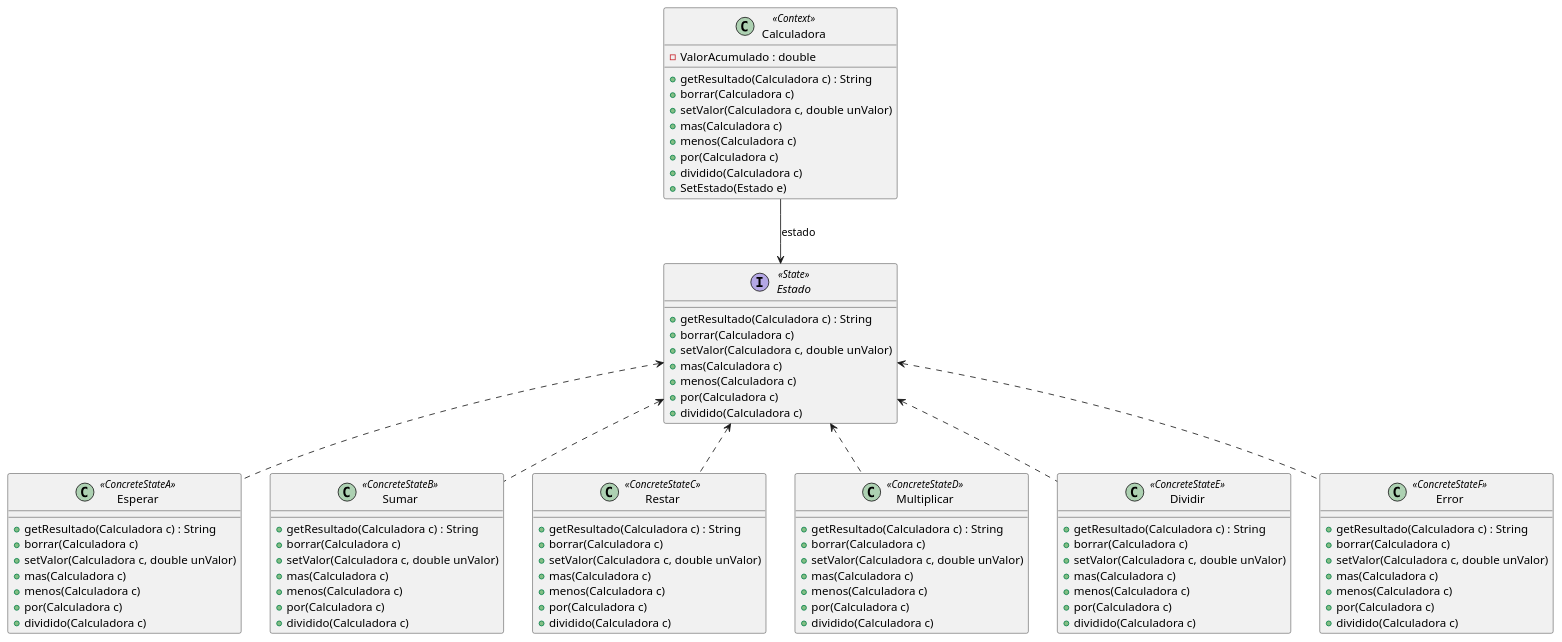
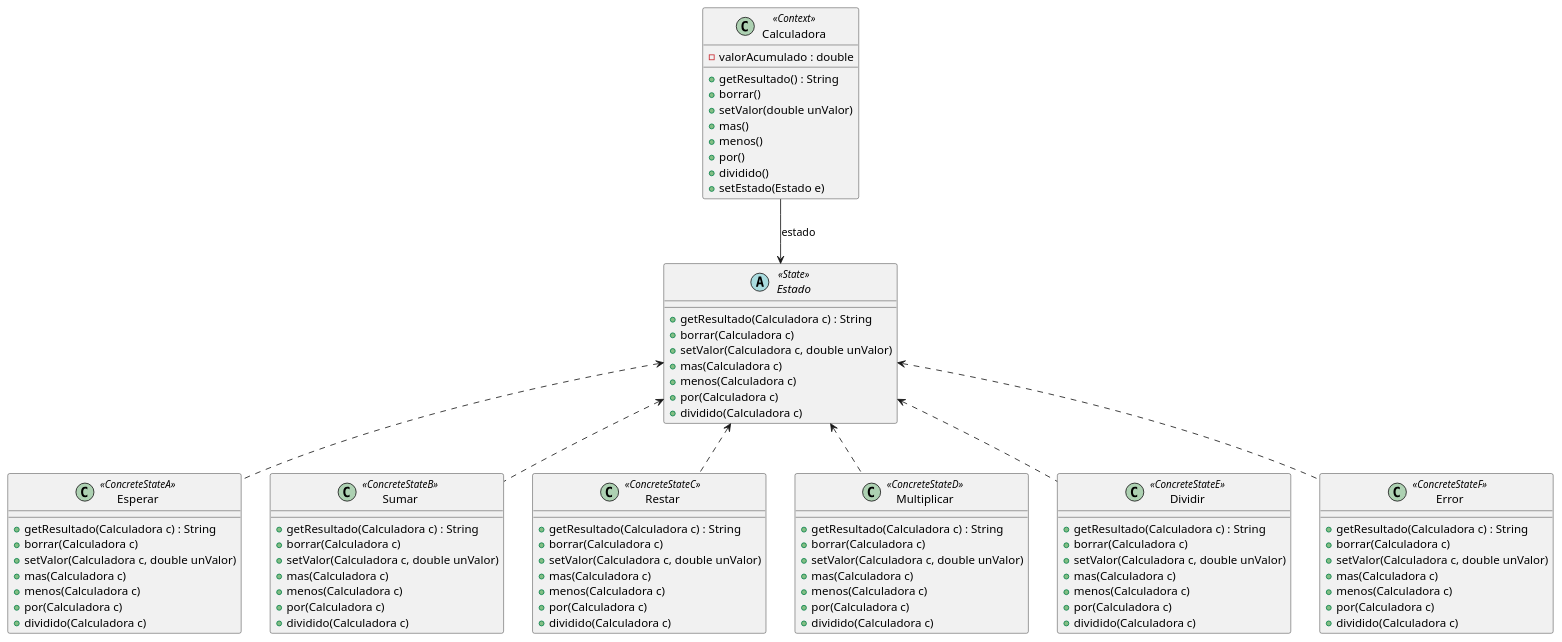
The diagram in Objetos 2/UMLs/Ejercicio7Patrones.puml (BautistaMarquez/Tercero-PrimerCuatrimestre), drawn with PlantUML before and after one commit. The commit also changed 15 other files, not shown here.

```diff
--- a/Objetos 2/UMLs/Ejercicio7Patrones.puml
+++ b/Objetos 2/UMLs/Ejercicio7Patrones.puml
@@ -1,93 +1,93 @@
 @startuml Ejercicio7 
 
 Calculadora --> Estado : estado 
 Estado <.. Esperar
 Estado <.. Sumar 
 Estado <.. Restar
 Estado <.. Multiplicar
 Estado <.. Dividir
 Estado <.. Error
 'Calculadora se pasa como parametro siempre, En este caso la interface podria ser una clase abstracta y que implemente varios metodos en los cuales todo hacen lo mismo. El seter del estado debe ser , para que de esta forma los estados puedan modificar el estado de la calculadora. La clase Abstracta Estado va a definir al resto de estados, osea mas, menos, por, dividido. En los estados pregunto si el estado es Esperar y sino tendria que ser error, no? Esto me voy a dar cuenta al momento de hacer el code'
 class Calculadora <<Context>> {
-    -ValorAcumulado : double 
-    +getResultado(Calculadora c) : String 
-    +borrar(Calculadora c)
-    +setValor(Calculadora c, double unValor)
-    +mas(Calculadora c)
-    +menos(Calculadora c)
-    +por(Calculadora c)
-    +dividido(Calculadora c)
-    +SetEstado(Estado e)
+    -valorAcumulado : double 
+    +getResultado() : String 
+    +borrar()
+    +setValor(double unValor)
+    +mas()
+    +menos()
+    +por()
+    +dividido()
+    +setEstado(Estado e)
 }
 
-interface Estado <<State>> { 
+abstract class Estado <<State>> { 
     +getResultado(Calculadora c) : String 
     +borrar(Calculadora c)
     +setValor(Calculadora c, double unValor)
     +mas(Calculadora c)
     +menos(Calculadora c)
     +por(Calculadora c)
     +dividido(Calculadora c)
 }
 
 class Esperar <<ConcreteStateA>> {
     +getResultado(Calculadora c) : String 
     +borrar(Calculadora c)
     +setValor(Calculadora c, double unValor)
     +mas(Calculadora c)
     +menos(Calculadora c)
     +por(Calculadora c)
     +dividido(Calculadora c)
 }
 
 class Sumar <<ConcreteStateB>> {
     +getResultado(Calculadora c) : String 
     +borrar(Calculadora c)
     +setValor(Calculadora c, double unValor)
     +mas(Calculadora c)
     +menos(Calculadora c)
     +por(Calculadora c)
     +dividido(Calculadora c)
 }
 
 class Restar <<ConcreteStateC>> {
     +getResultado(Calculadora c) : String 
     +borrar(Calculadora c)
     +setValor(Calculadora c, double unValor)
     +mas(Calculadora c)
     +menos(Calculadora c)
     +por(Calculadora c)
     +dividido(Calculadora c)
 }
 
 class Multiplicar <<ConcreteStateD>> {
     +getResultado(Calculadora c) : String 
     +borrar(Calculadora c)
     +setValor(Calculadora c, double unValor)
     +mas(Calculadora c)
     +menos(Calculadora c)
     +por(Calculadora c)
     +dividido(Calculadora c)
 }
 
 class Dividir <<ConcreteStateE>> {
     +getResultado(Calculadora c) : String 
     +borrar(Calculadora c)
     +setValor(Calculadora c, double unValor)
     +mas(Calculadora c)
     +menos(Calculadora c)
     +por(Calculadora c)
     +dividido(Calculadora c)
 }
 
 class Error <<ConcreteStateF>> {
     +getResultado(Calculadora c) : String 
     +borrar(Calculadora c)
     +setValor(Calculadora c, double unValor)
     +mas(Calculadora c)
     +menos(Calculadora c)
     +por(Calculadora c)
     +dividido(Calculadora c)
 }
 
 @enduml
```
